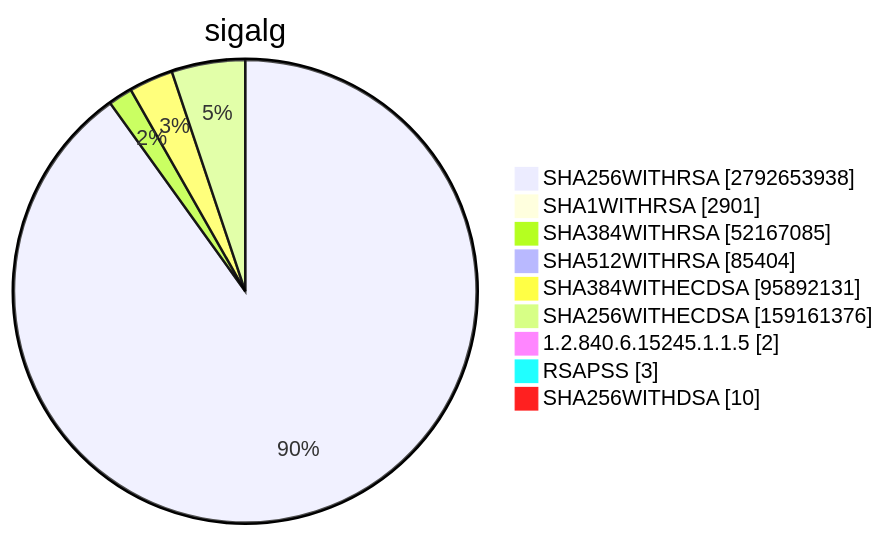
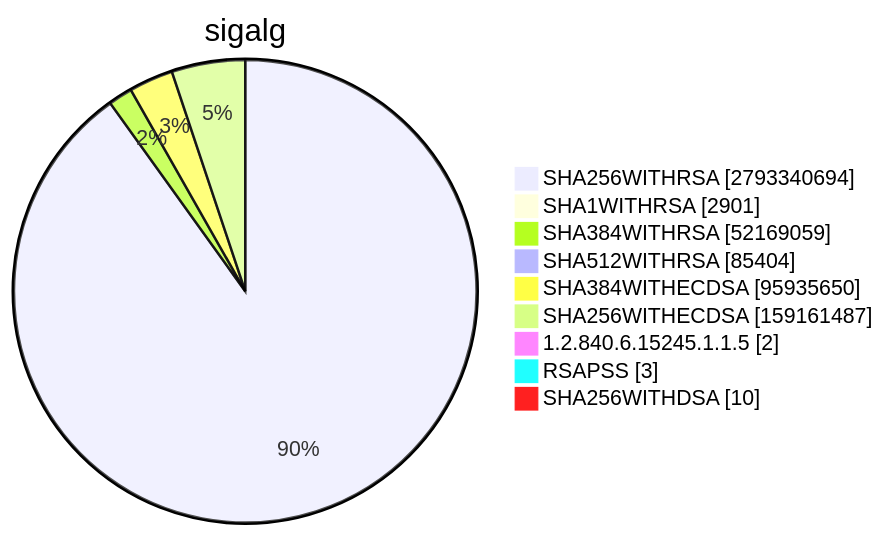
Diagram 15 of 15 in TOTAL/README.md (christiankrug/ctmonitor_visualization), drawn with Mermaid before and after one commit. The commit also changed other lines of this file, not shown here.

````diff
--- a/TOTAL/README.md
+++ b/TOTAL/README.md
@@ -6205,13 +6205,13 @@
 ```mermaid
 pie showData
 title sigalg
-"SHA256WITHRSA" :2792653938
+"SHA256WITHRSA" :2793340694
 "SHA1WITHRSA" :2901
-"SHA384WITHRSA" :52167085
+"SHA384WITHRSA" :52169059
 "SHA512WITHRSA" :85404
-"SHA384WITHECDSA" :95892131
-"SHA256WITHECDSA" :159161376
+"SHA384WITHECDSA" :95935650
+"SHA256WITHECDSA" :159161487
 "1.2.840.6.15245.1.1.5" :2
 "RSAPSS" :3
 "SHA256WITHDSA" :10
 ```
````
